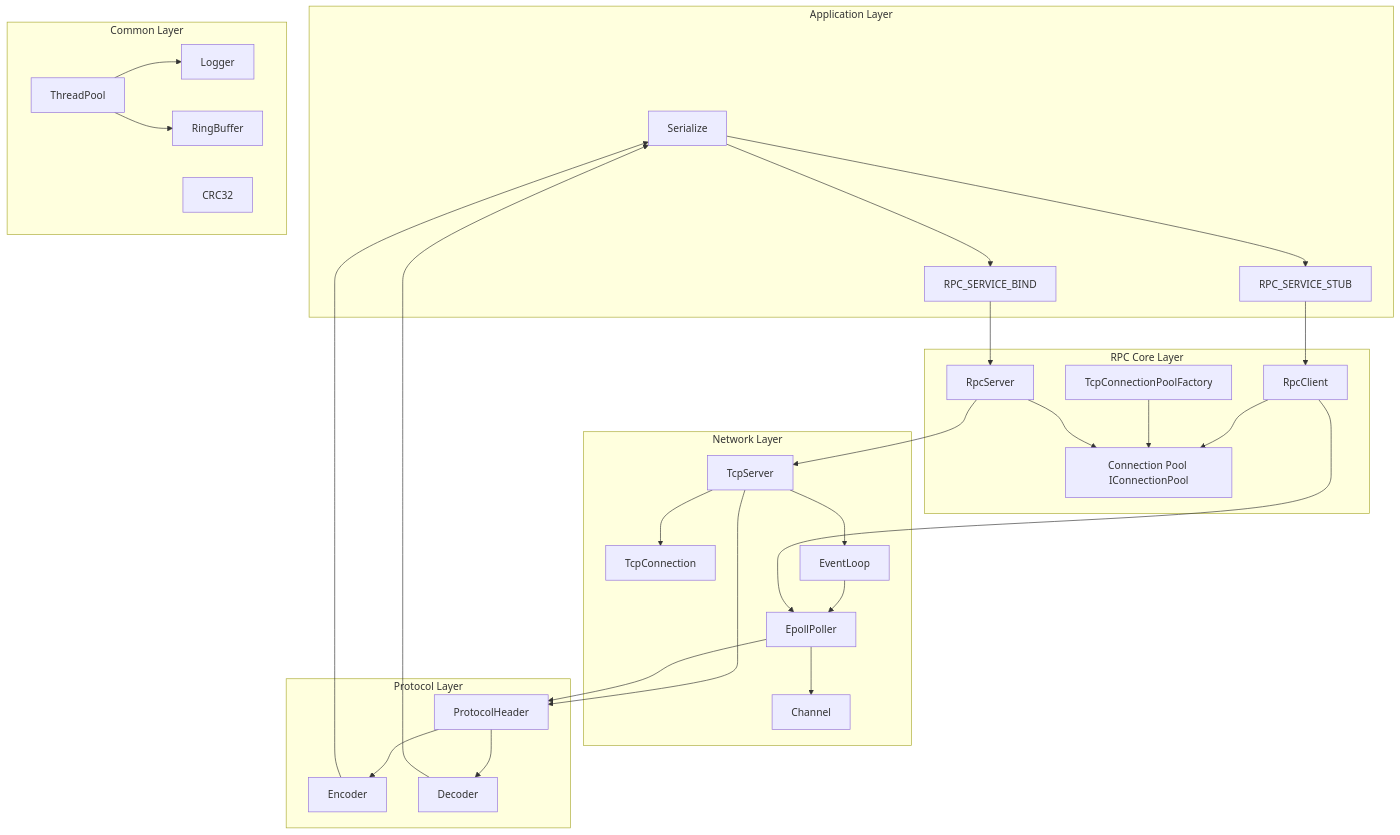
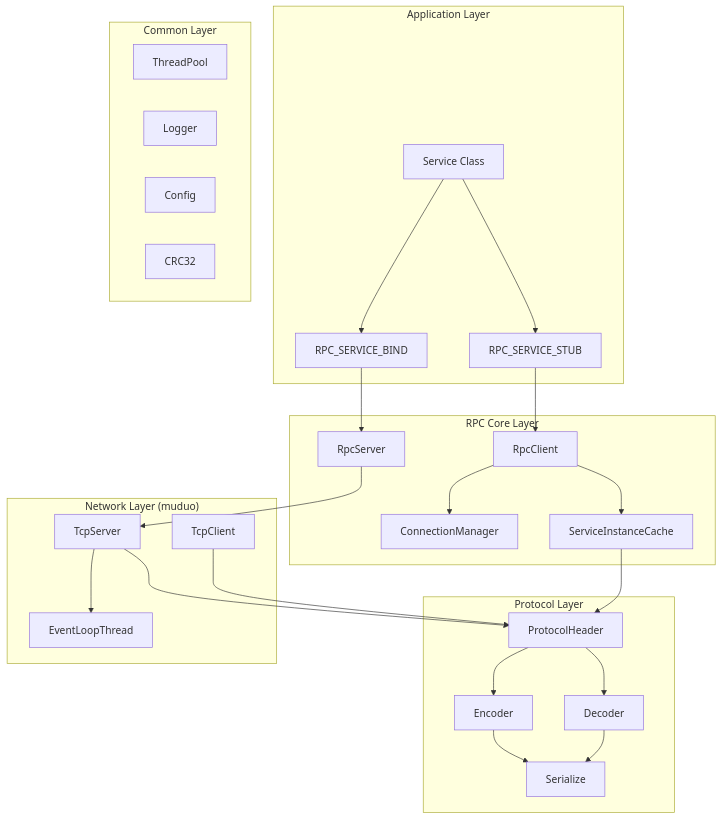
Before and after one commit to desyang-hub/mini-rpc: the first of 3 diagrams in docs/en/guide/architecture.md, drawn with Mermaid. The commit also changed other lines of this file and 17 other files, not shown here.

````diff
--- a/docs/en/guide/architecture.md
+++ b/docs/en/guide/architecture.md
@@ -7,59 +7,51 @@
 ```mermaid
 graph TB
     subgraph Application["Application Layer"]
         S[Service Class]
         M1[RPC_SERVICE_BIND]
         M2[RPC_SERVICE_STUB]
         S --> M1
         S --> M2
     end
 
     subgraph Core["RPC Core Layer"]
         RS[RpcServer]
         RC[RpcClient]
-        CP[Connection Pool IConnectionPool]
-        CPF[TcpConnectionPoolFactory]
-        RC --> CP
-        CPF --> CP
-        RS --> CP
+        CM[ConnectionManager]
+        SIC[ServiceInstanceCache]
+        RC --> CM
+        RC --> SIC
     end
 
-    subgraph Net["Network Layer"]
+    subgraph Net["Network Layer (muduo)"]
         TS[TcpServer]
-        TC[TcpConnection]
-        EL[EventLoop]
-        EP[EpollPoller]
-        CH[Channel]
-        TS --> TC
+        TC[TcpClient]
+        EL[EventLoopThread]
         TS --> EL
-        EL --> EP
-        EP --> CH
     end
 
     subgraph Protocol["Protocol Layer"]
         P[ProtocolHeader]
         E[Encoder]
         D[Decoder]
-        S[Serialize]
+        S2[Serialize]
         P --> E
         P --> D
-        E --> S
-        D --> S
+        E --> S2
+        D --> S2
     end
 
     subgraph Common["Common Layer"]
         TP[ThreadPool]
         LG[Logger]
-        BR[RingBuffer]
+        CF[Config]
         CR[CRC32]
     end
 
     M1 --> RS
     M2 --> RC
     RS --> TS
-    RC --> EP
     TS --> P
-    EP --> P
-    TP --> LG
-    TP --> BR
+    TC --> P
+    SIC --> P
 ```
````
